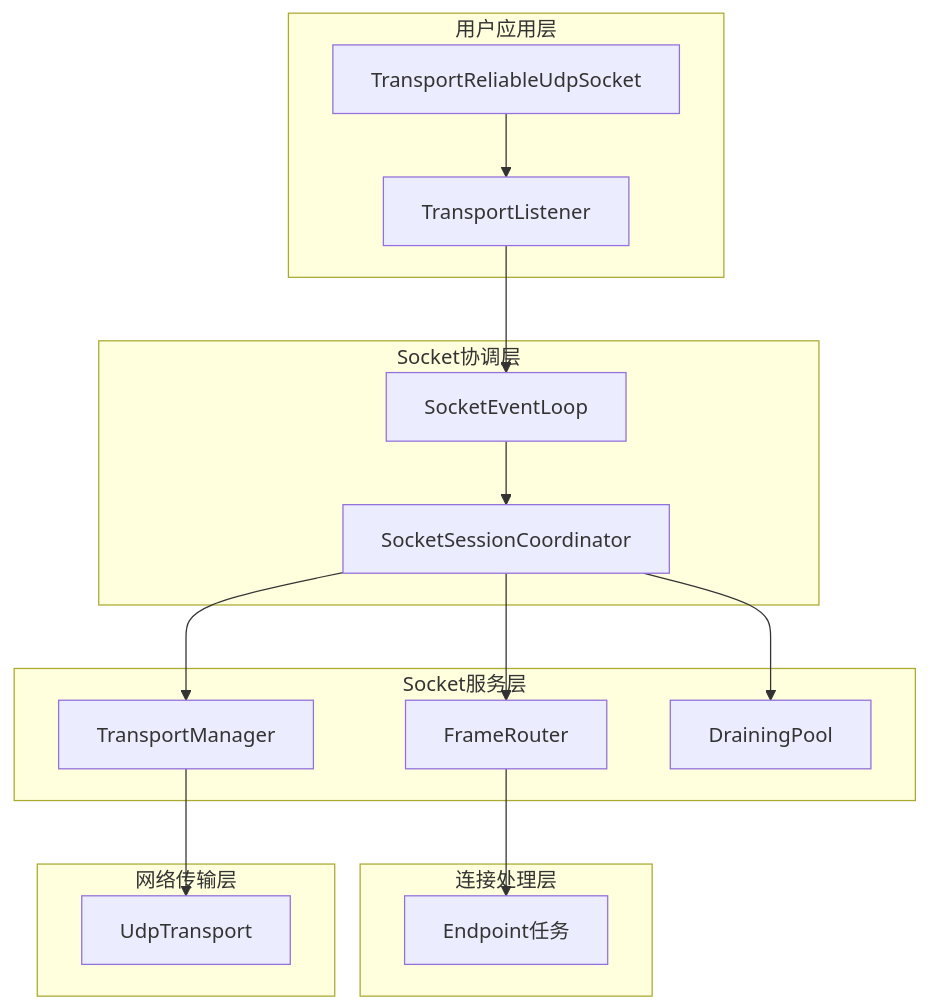
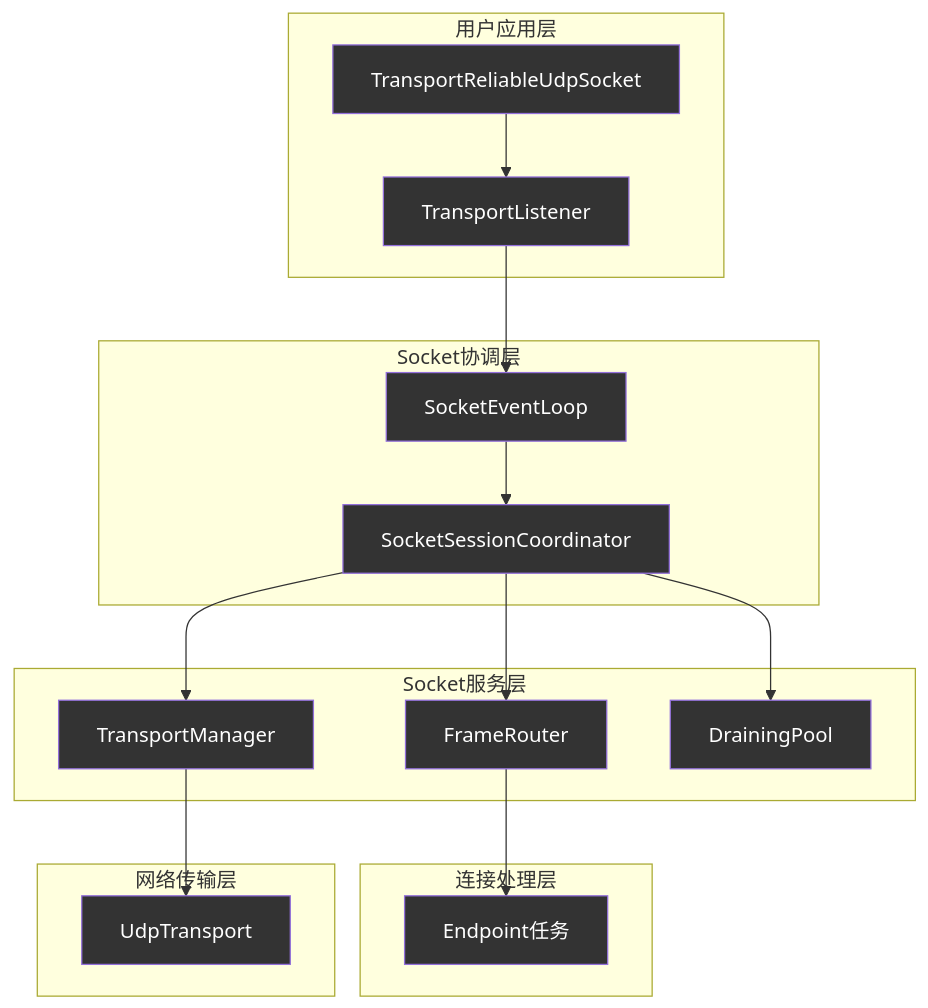
Before and after one commit to ShaoG-R/kestrel-protocol: the diagram in docs/src/dev-docs/components/socket-layer.md, drawn with Mermaid. The commit also changed 5 other files, not shown here.

````diff
--- a/docs/src/dev-docs/components/socket-layer.md
+++ b/docs/src/dev-docs/components/socket-layer.md
@@ -51,25 +51,36 @@
 ```mermaid
 graph TD
     subgraph "用户应用层"
         A[TransportReliableUdpSocket] --> B[TransportListener]
     end
     
     subgraph "Socket协调层"
         B --> C[SocketEventLoop]
         C --> D[SocketSessionCoordinator]
     end
     
     subgraph "Socket服务层"
         D --> E[FrameRouter]
         D --> F[TransportManager]
         D --> G[DrainingPool]
     end
     
     subgraph "连接处理层"
         E --> H["Endpoint任务"]
     end
 
     subgraph "网络传输层"
         F --> I[UdpTransport]
     end
+    
+    style A fill:#333,color:#fff
+    style B fill:#333,color:#fff
+    style C fill:#333,color:#fff
+    style D fill:#333,color:#fff
+    style E fill:#333,color:#fff
+    style F fill:#333,color:#fff
+    style G fill:#333,color:#fff
+    style H fill:#333,color:#fff
+    style I fill:#333,color:#fff
+	
 ```
````
